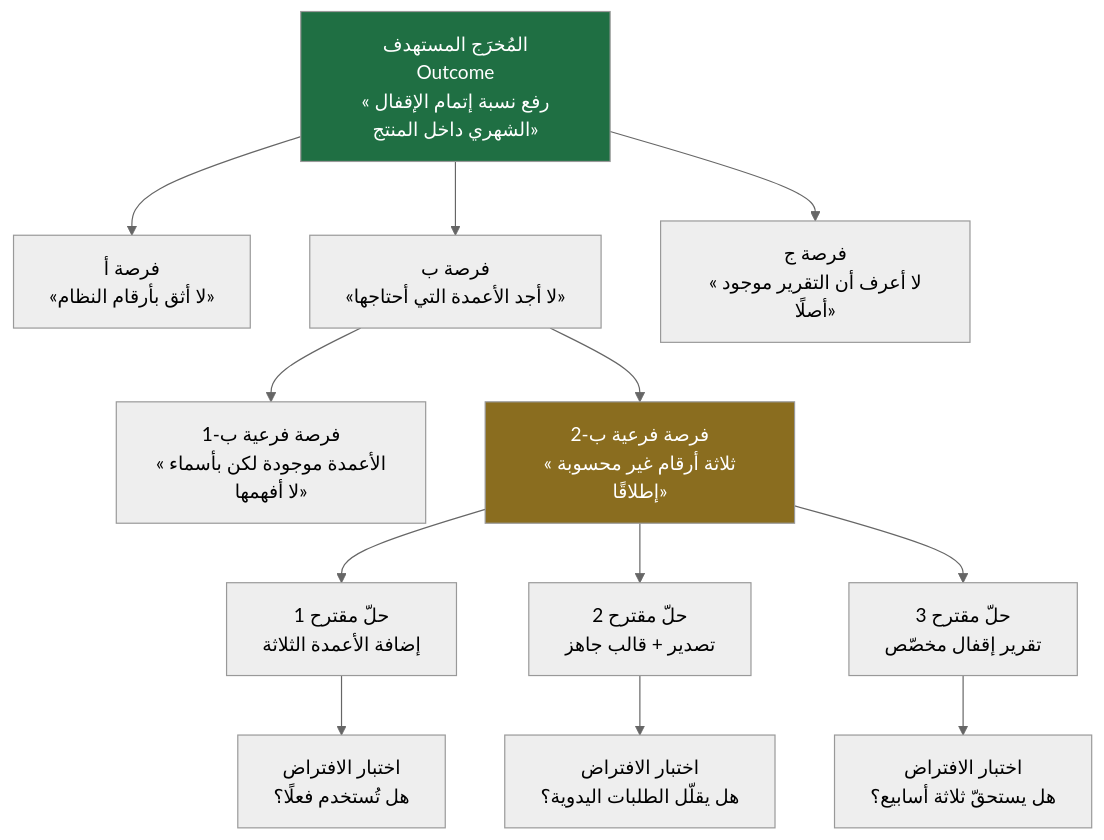
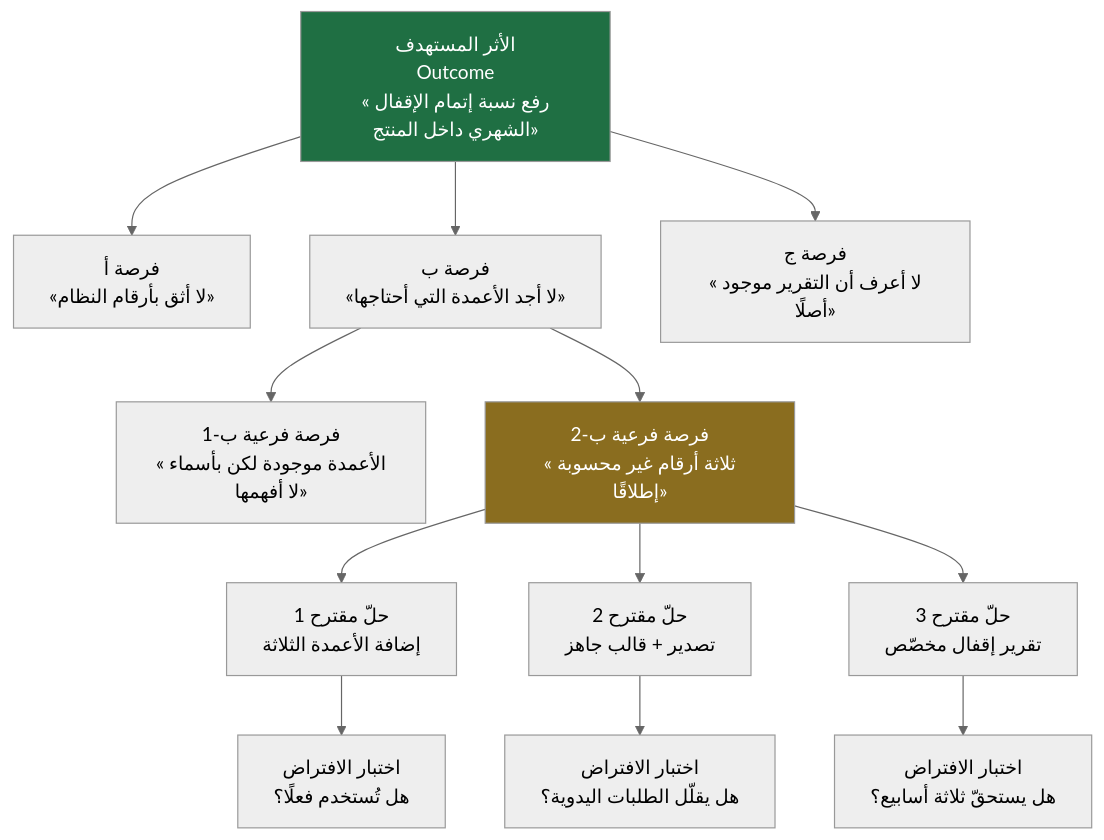
One commit to MohammedFattay/Project_Management_Notes changed the third of 5 diagrams in content/الدورات/إدارة المنتج في عصر الذكاء الاصطناعي/01 - لماذا لا يزال مدير المنتج أهم من أي وقت مضى.md. Above: the diagram before and after it, drawn with Mermaid (neutral theme). The commit also changed other lines of this file and 47 other files, not shown here.

````diff
--- a/content/الدورات/إدارة المنتج في عصر الذكاء الاصطناعي/01 - لماذا لا يزال مدير المنتج أهم من أي وقت مضى.md
+++ b/content/الدورات/إدارة المنتج في عصر الذكاء الاصطناعي/01 - لماذا لا يزال مدير المنتج أهم من أي وقت مضى.md
@@ -537,17 +537,17 @@
 ```mermaid
 flowchart TD
-    O["المُخرَج المستهدف<br/>Outcome<br/>«رفع نسبة إتمام الإقفال الشهري داخل المنتج»"]
+    O["الأثر المستهدف<br/>Outcome<br/>«رفع نسبة إتمام الإقفال الشهري داخل المنتج»"]
     O --> P1["فرصة أ<br/>«لا أثق بأرقام النظام»"]
     O --> P2["فرصة ب<br/>«لا أجد الأعمدة التي أحتاجها»"]
     O --> P3["فرصة ج<br/>«لا أعرف أن التقرير موجود أصلًا»"]
     P2 --> P21["فرصة فرعية ب-1<br/>«الأعمدة موجودة لكن بأسماء لا أفهمها»"]
     P2 --> P22["فرصة فرعية ب-2<br/>«ثلاثة أرقام غير محسوبة إطلاقًا»"]
     P22 --> S1["حلّ مقترح 1<br/>إضافة الأعمدة الثلاثة"]
     P22 --> S2["حلّ مقترح 2<br/>تصدير + قالب جاهز"]
     P22 --> S3["حلّ مقترح 3<br/>تقرير إقفال مخصّص"]
     S1 --> E1["اختبار الافتراض<br/>هل تُستخدم فعلًا؟"]
     S2 --> E2["اختبار الافتراض<br/>هل يقلّل الطلبات اليدوية؟"]
     S3 --> E3["اختبار الافتراض<br/>هل يستحقّ ثلاثة أسابيع؟"]
     style O fill:#1f6f43,color:#fff
     style P22 fill:#8a6d1f,color:#fff
 ```
````
